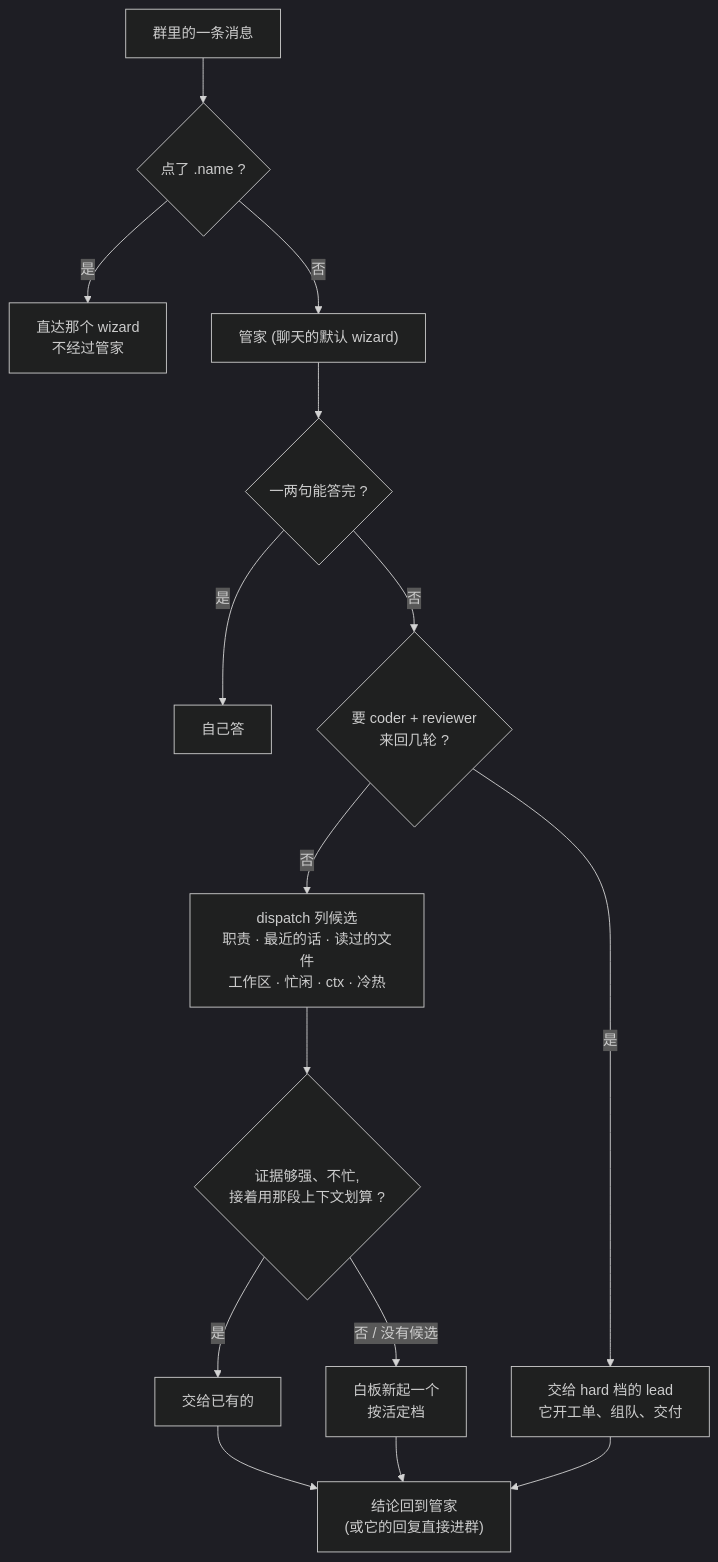
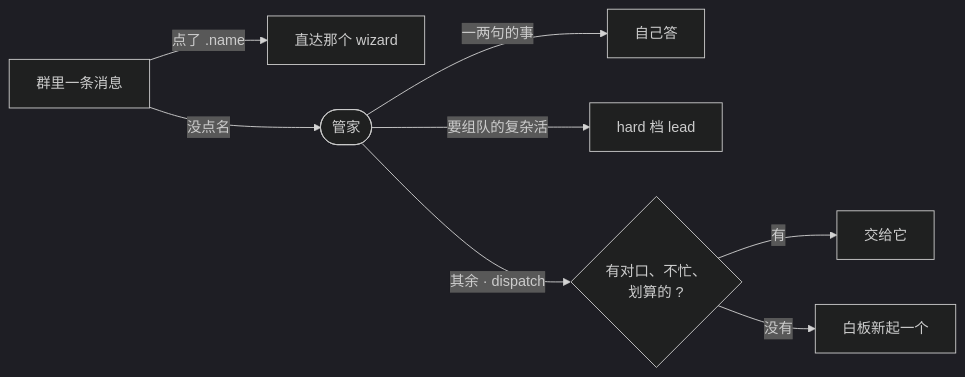
One commit to guxi11/wezard changed the first of 2 diagrams in README.md. Above: the diagram before and after it, drawn with Mermaid (dark theme).

Commit message:
docs(readme): 管家分派图改成横向四列, 去掉冗余节点

````diff
--- a/README.md
+++ b/README.md
@@ -143,17 +141,10 @@
 ```mermaid
-flowchart TD
-    msg["群里的一条消息"] --> named{"点了 .name ?"}
-    named -- "是" --> direct["直达那个 wizard<br/>不经过管家"]
-    named -- "否" --> butler["管家 (聊天的默认 wizard)"]
-    butler --> small{"一两句能答完 ?"}
-    small -- "是" --> self["自己答"]
-    small -- "否" --> big{"要 coder + reviewer<br/>来回几轮 ?"}
-    big -- "是" --> lead["交给 hard 档的 lead<br/>它开工单、组队、交付"]
-    big -- "否" --> table["dispatch 列候选<br/>职责 · 最近的话 · 读过的文件<br/>工作区 · 忙闲 · ctx · 冷热"]
-    table --> judge{"证据够强、不忙,<br/>接着用那段上下文划算 ?"}
-    judge -- "是" --> pick["交给已有的"]
-    judge -- "否 / 没有候选" --> fresh["白板新起一个<br/>按活定档"]
-    pick --> back["结论回到管家<br/>(或它的回复直接进群)"]
-    fresh --> back
-    lead --> back
+flowchart LR
+    msg["群里一条消息"] -- "点了 .name" --> direct["直达那个 wizard"]
+    msg -- "没点名" --> butler(["管家"])
+    butler -- "一两句的事" --> self["自己答"]
+    butler -- "要组队的复杂活" --> lead["hard 档 lead"]
+    butler -- "其余 · dispatch" --> pick{"有对口、不忙、<br/>划算的 ?"}
+    pick -- "有" --> exist["交给它"]
+    pick -- "没有" --> fresh["白板新起一个"]
 ```
````
